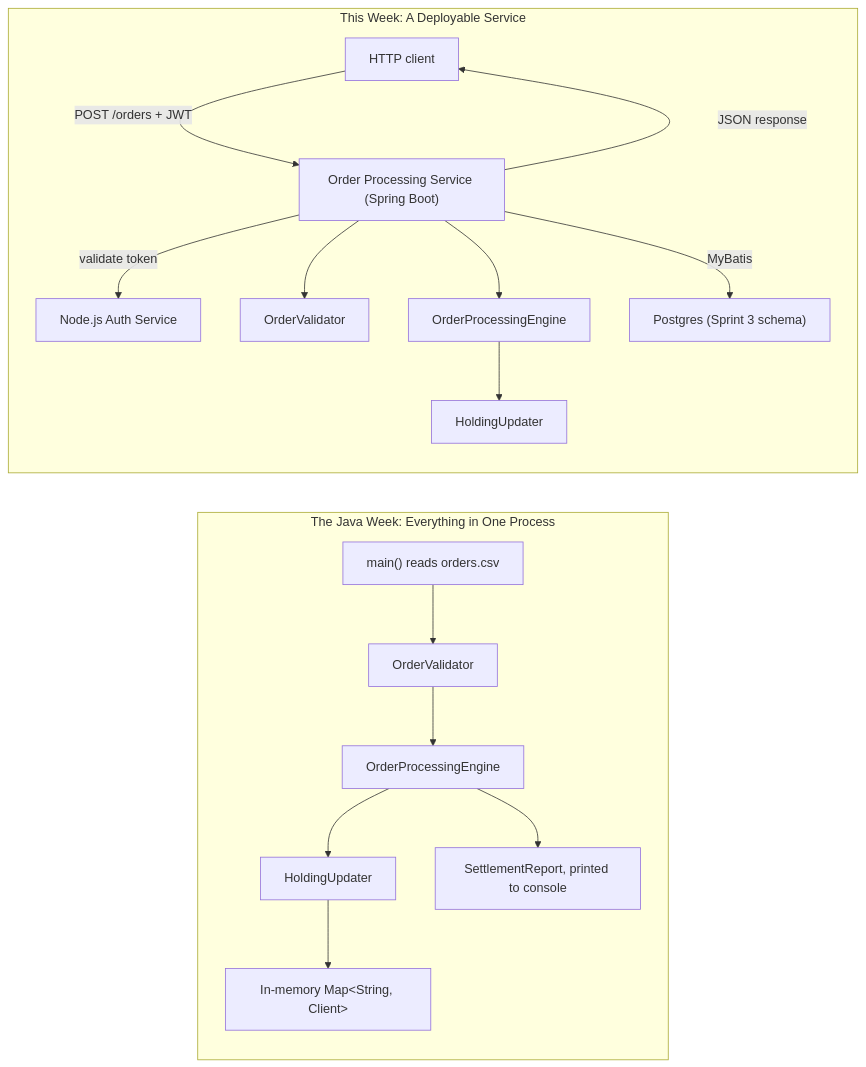
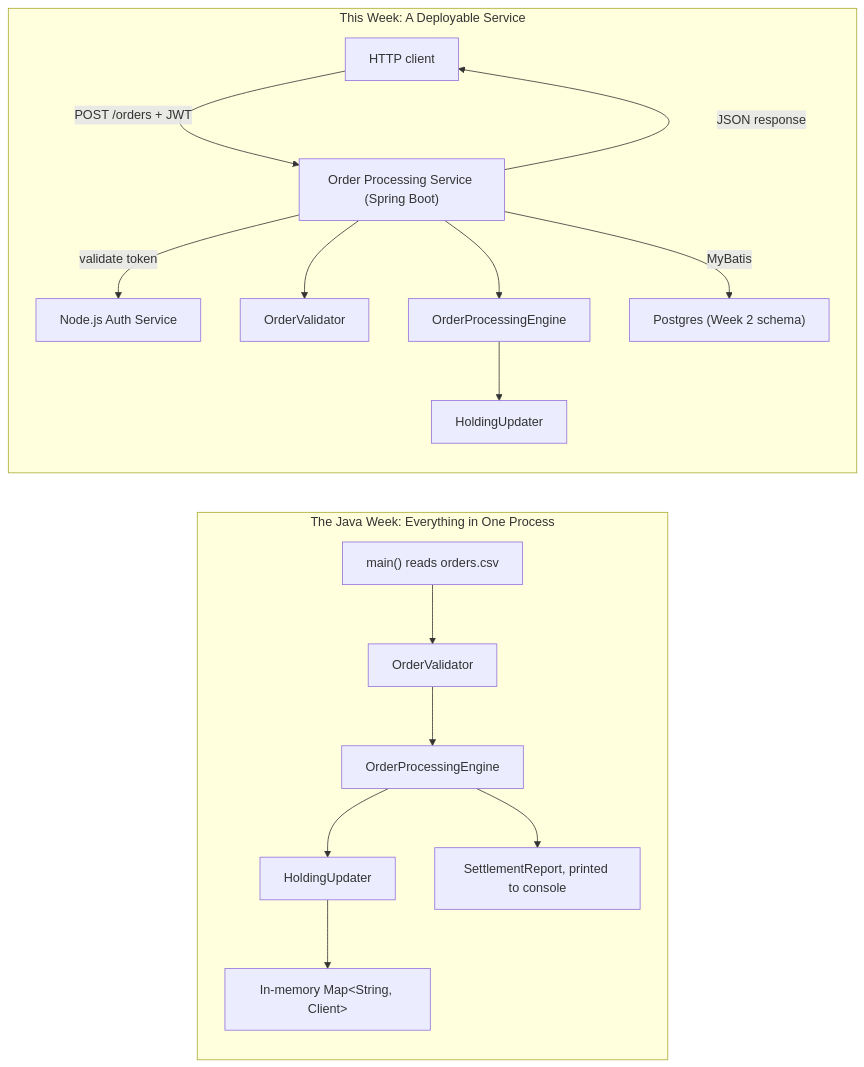
The diagram in spring/demos/01-microservices-and-the-mission-service/monolith-vs-service.mmd (nicktodd/leap-labs), drawn with Mermaid before and after one commit. The commit also changed 164 other files, not shown here.

```diff
--- a/spring/demos/01-microservices-and-the-mission-service/monolith-vs-service.mmd
+++ b/spring/demos/01-microservices-and-the-mission-service/monolith-vs-service.mmd
@@ -1,23 +1,23 @@
 flowchart LR
     subgraph Monolith["The Java Week: Everything in One Process"]
         direction TB
         M1["main() reads orders.csv"]
         M2["OrderValidator"]
         M3["OrderProcessingEngine"]
         M4["HoldingUpdater"]
         M5["In-memory Map&lt;String, Client&gt;"]
         M6["SettlementReport, printed to console"]
         M1 --> M2 --> M3 --> M4 --> M5
         M3 --> M6
     end
 
     subgraph Service["This Week: A Deployable Service"]
         direction TB
         C["HTTP client"] -->|"POST /orders + JWT"| A["Order Processing Service (Spring Boot)"]
         A -->|"validate token"| N["Node.js Auth Service"]
         A --> V["OrderValidator"]
         A --> E["OrderProcessingEngine"]
         E --> H["HoldingUpdater"]
-        A -->|"MyBatis"| P["Postgres (Sprint 3 schema)"]
+        A -->|"MyBatis"| P["Postgres (Week 2 schema)"]
         A -->|"JSON response"| C
     end
```
